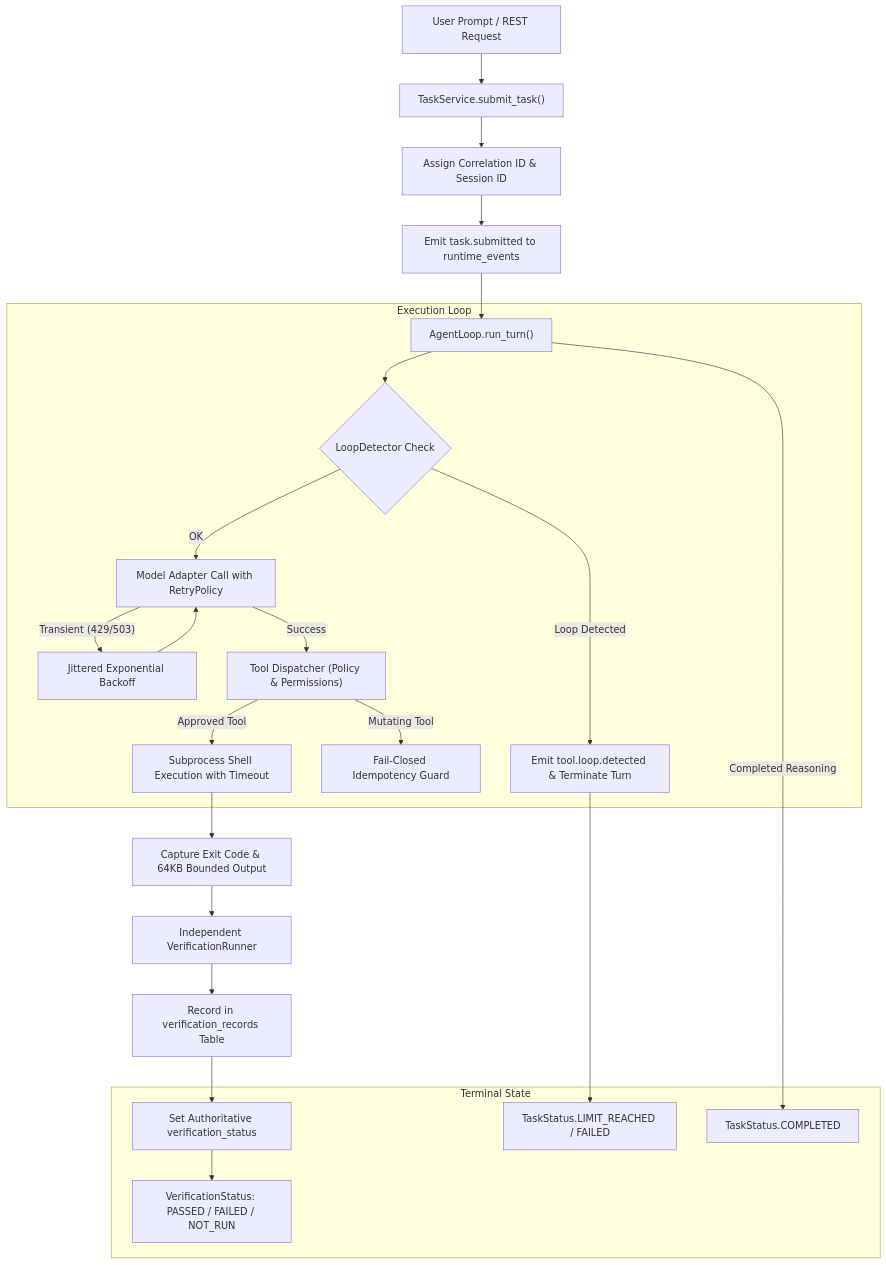
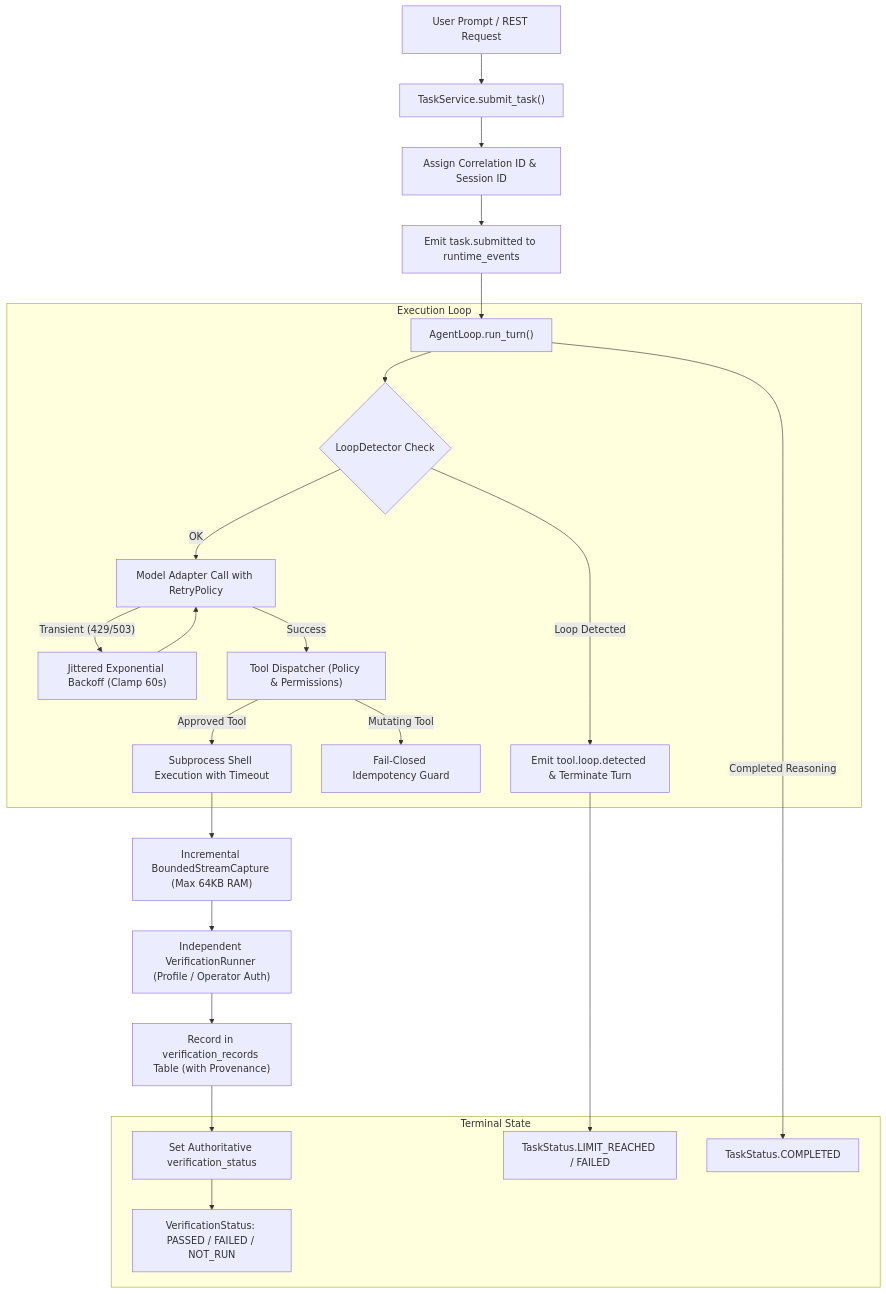
Before and after one commit to VinayakaK2/Chatbot: the diagram in docs/reports/phase-8/phase-8-final-report.md, drawn with Mermaid. The commit also changed other lines of this file and 17 other files, not shown here.

Commit message:
feat(phase-8): harden verification trust boundary, bounded stream capture, and secret sanitization

````diff
--- a/docs/reports/phase-8/phase-8-final-report.md
+++ b/docs/reports/phase-8/phase-8-final-report.md
@@ -27,29 +30,29 @@
 ```mermaid
 flowchart TD
     A["User Prompt / REST Request"] --> B["TaskService.submit_task()"]
     B --> C["Assign Correlation ID & Session ID"]
     C --> D["Emit task.submitted to runtime_events"]
     D --> E["AgentLoop.run_turn()"]
     
     subgraph Execution Loop
         E --> F{"LoopDetector Check"}
         F -- "Loop Detected" --> G["Emit tool.loop.detected & Terminate Turn"]
         F -- "OK" --> H["Model Adapter Call with RetryPolicy"]
-        H -- "Transient (429/503)" --> I["Jittered Exponential Backoff"]
+        H -- "Transient (429/503)" --> I["Jittered Exponential Backoff (Clamp 60s)"]
         I --> H
         H -- "Success" --> J["Tool Dispatcher (Policy & Permissions)"]
         J -- "Mutating Tool" --> K["Fail-Closed Idempotency Guard"]
         J -- "Approved Tool" --> L["Subprocess Shell Execution with Timeout"]
     end
     
-    L --> M["Capture Exit Code & 64KB Bounded Output"]
-    M --> N["Independent VerificationRunner"]
-    N --> O["Record in verification_records Table"]
+    L --> M["Incremental BoundedStreamCapture (Max 64KB RAM)"]
+    M --> N["Independent VerificationRunner (Profile / Operator Auth)"]
+    N --> O["Record in verification_records Table (with Provenance)"]
     O --> P["Set Authoritative verification_status"]
     
     subgraph Terminal State
         G --> Q["TaskStatus.LIMIT_REACHED / FAILED"]
         E -- "Completed Reasoning" --> R["TaskStatus.COMPLETED"]
         P --> S["VerificationStatus: PASSED / FAILED / NOT_RUN"]
     end
 ```
````
